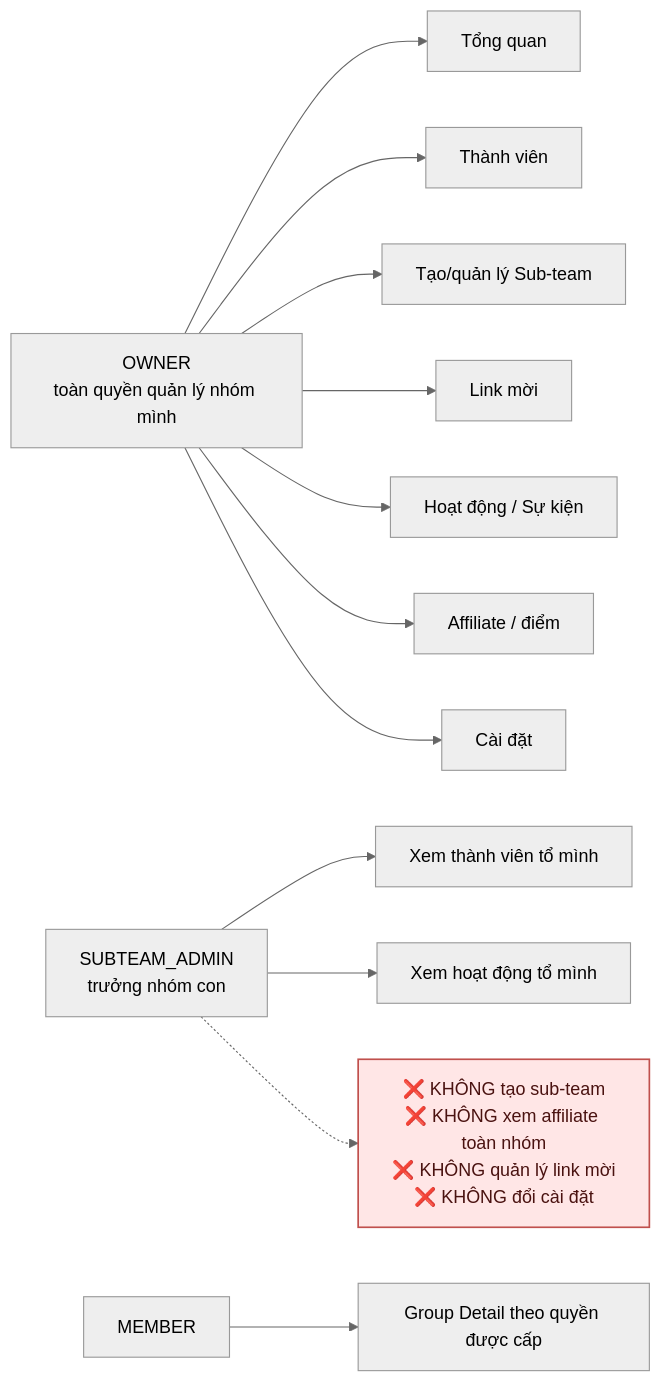
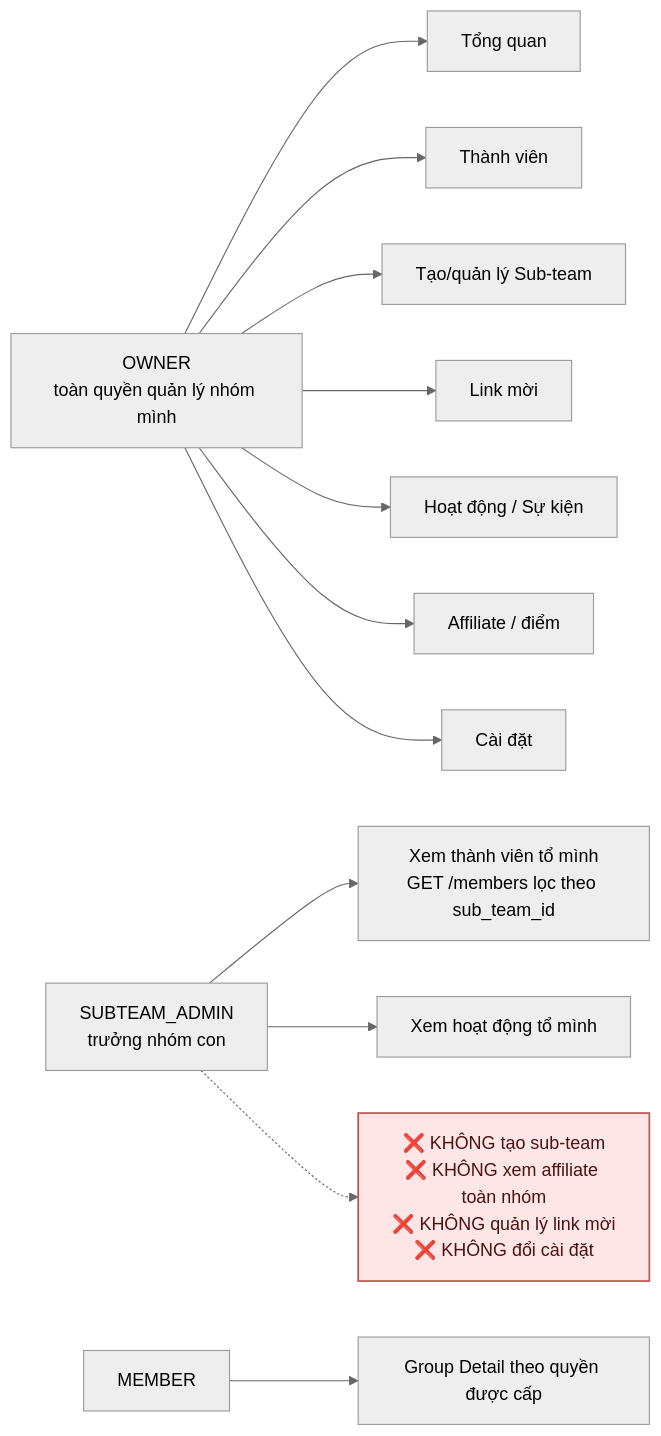
The fourth of 6 diagrams in docs/diagram/18-group.md (fdshn/trueheart), drawn with Mermaid (neutral theme) before and after one commit. The commit also changed other lines of this file and 19 other files, not shown here.

````diff
--- a/docs/diagram/18-group.md
+++ b/docs/diagram/18-group.md
@@ -102,18 +108,18 @@
 ```mermaid
 flowchart LR
     O["OWNER<br/>toàn quyền quản lý nhóm mình"] --> G1[Tổng quan]
     O --> G2[Thành viên]
     O --> G3[Tạo/quản lý Sub-team]
     O --> G4[Link mời]
     O --> G5[Hoạt động / Sự kiện]
     O --> G6[Affiliate / điểm]
     O --> G7[Cài đặt]
 
-    S["SUBTEAM_ADMIN<br/>trưởng nhóm con"] --> H1[Xem thành viên tổ mình]
+    S["SUBTEAM_ADMIN<br/>trưởng nhóm con"] --> H1["Xem thành viên tổ mình<br/>GET /members lọc theo sub_team_id"]
     S --> H2[Xem hoạt động tổ mình]
     S -.-> H3["❌ KHÔNG tạo sub-team<br/>❌ KHÔNG xem affiliate toàn nhóm<br/>❌ KHÔNG quản lý link mời<br/>❌ KHÔNG đổi cài đặt"]
 
     M["MEMBER"] --> I1[Group Detail theo quyền được cấp]
 
     style H3 fill:#ffe6e6,stroke:#c0504d,stroke-width:1.5px,color:#4a1210
 ```
````
